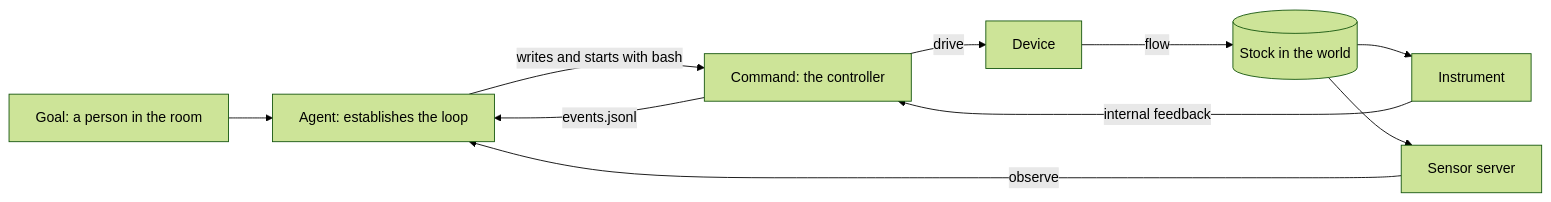
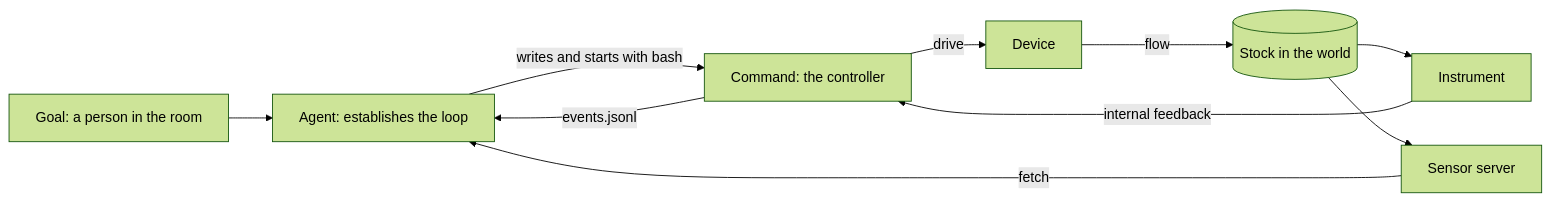
The diagram in docs/actuators.md (ambionframework/ambion), drawn with Mermaid (forest theme) before and after one commit. The commit also changed other lines of this file and 115 other files, not shown here.

````diff
--- a/docs/actuators.md
+++ b/docs/actuators.md
@@ -50,12 +50,12 @@
 ```mermaid
 flowchart LR
   goal[Goal: a person in the room] --> agent[Agent: establishes the loop]
   agent -- writes and starts with bash --> command[Command: the controller]
   command -- drive --> device[Device]
   device -- flow --> stock[(Stock in the world)]
   stock --> instrument[Instrument]
   instrument -- internal feedback --> command
   command -- events.jsonl --> agent
   stock --> sensor[Sensor server]
-  sensor -- observe --> agent
+  sensor -- fetch --> agent
 ```
````
